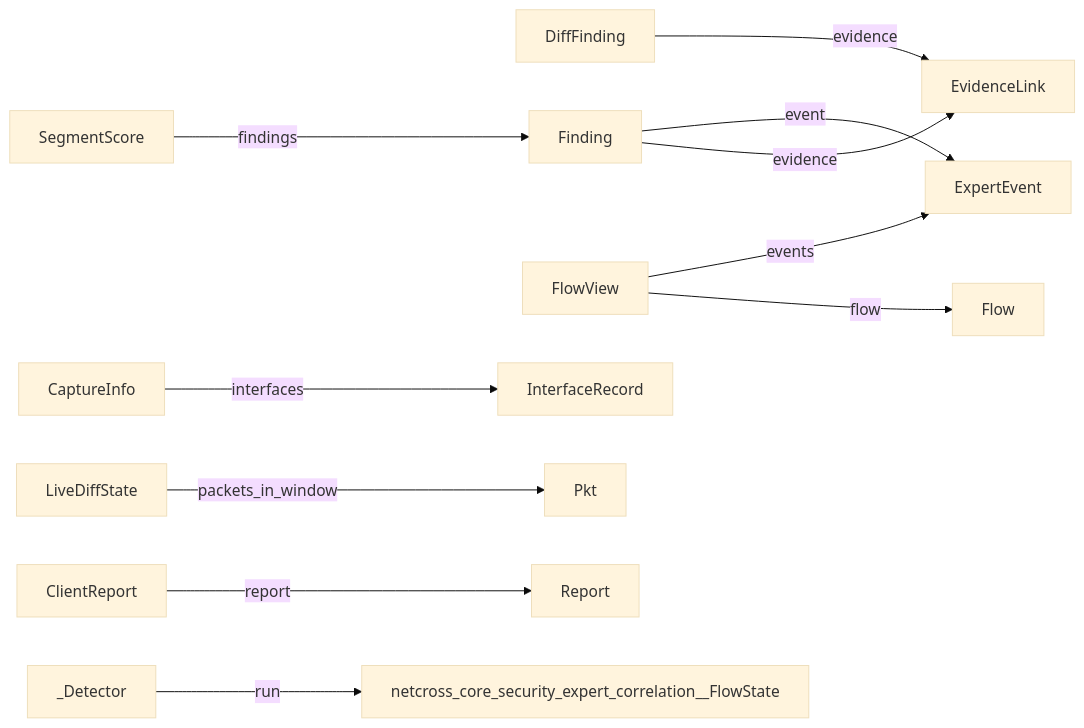
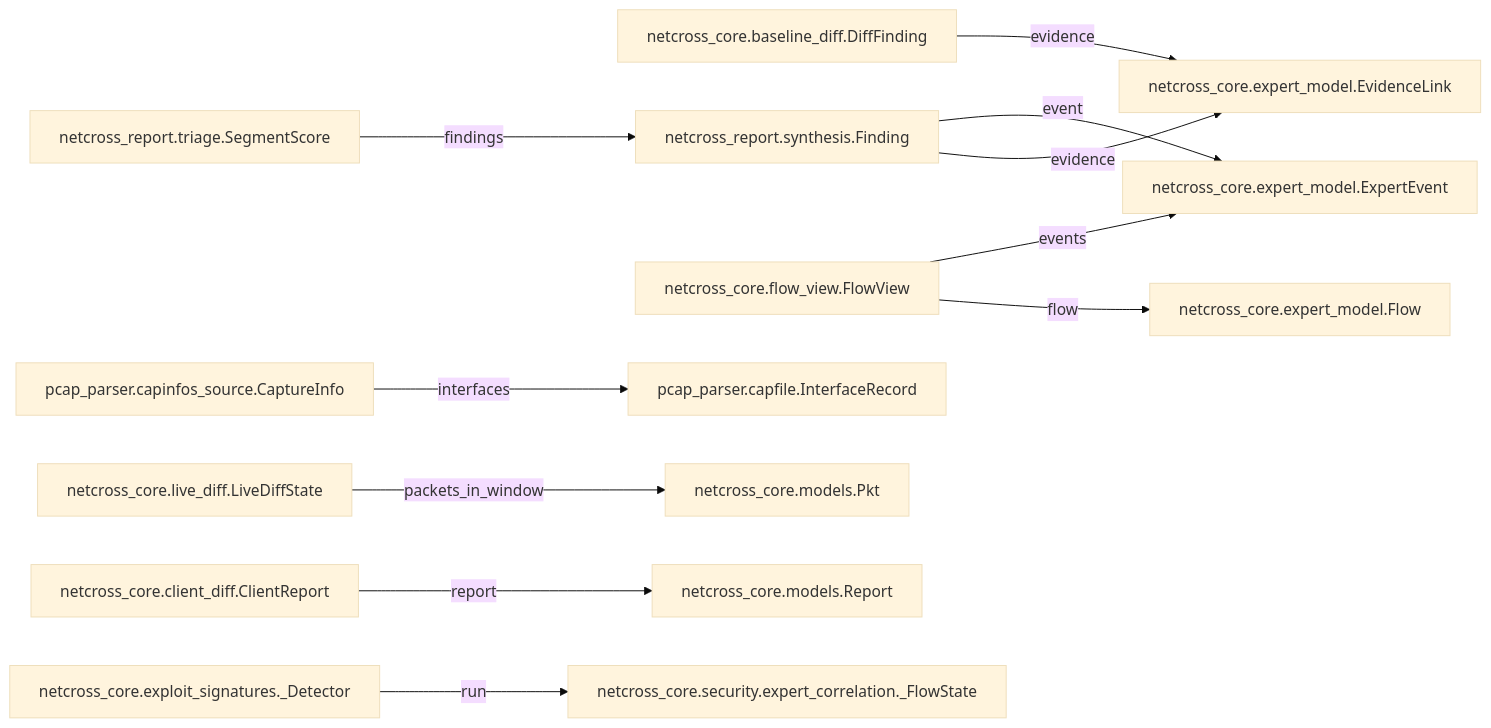
One commit to MathildeDec/Netcross changed the second of 12 diagrams in docs/class-diagram.md. Above: the diagram before and after it, drawn with Mermaid (base theme). The commit also changed 2 other files, not shown here.

Commit message:
fix(#140): nœuds du flowchart inter-modules qualifiés par module
Les nœuds du flowchart 'Relations inter-modules' utilisent maintenant le
nom complet (module.Class) au lieu du nom court, pour lever l'ambiguïté
quand une classe existe dans plusieurs modules.

Ex: Finding["netcross_report.synthesis.Finding"] au lieu de Finding["Finding"]

````diff
--- a/docs/class-diagram.md
+++ b/docs/class-diagram.md
@@ -49,28 +49,28 @@
 ```mermaid
 flowchart LR
-    CaptureInfo["CaptureInfo"]
-    ClientReport["ClientReport"]
-    DiffFinding["DiffFinding"]
-    EvidenceLink["EvidenceLink"]
-    ExpertEvent["ExpertEvent"]
-    Finding["Finding"]
-    FlowView["FlowView"]
-    Flow["Flow"]
-    InterfaceRecord["InterfaceRecord"]
-    LiveDiffState["LiveDiffState"]
-    Pkt["Pkt"]
-    Report["Report"]
-    SegmentScore["SegmentScore"]
-    _Detector["_Detector"]
-    netcross_core_security_expert_correlation__FlowState["netcross_core_security_expert_correlation__FlowState"]
+    CaptureInfo["pcap_parser.capinfos_source.CaptureInfo"]
+    ClientReport["netcross_core.client_diff.ClientReport"]
+    DiffFinding["netcross_core.baseline_diff.DiffFinding"]
+    EvidenceLink["netcross_core.expert_model.EvidenceLink"]
+    ExpertEvent["netcross_core.expert_model.ExpertEvent"]
+    Finding["netcross_report.synthesis.Finding"]
+    FlowView["netcross_core.flow_view.FlowView"]
+    Flow["netcross_core.expert_model.Flow"]
+    InterfaceRecord["pcap_parser.capfile.InterfaceRecord"]
+    LiveDiffState["netcross_core.live_diff.LiveDiffState"]
+    Pkt["netcross_core.models.Pkt"]
+    Report["netcross_core.models.Report"]
+    SegmentScore["netcross_report.triage.SegmentScore"]
+    _Detector["netcross_core.exploit_signatures._Detector"]
+    netcross_core_security_expert_correlation__FlowState["netcross_core.security.expert_correlation._FlowState"]
     CaptureInfo -->|interfaces| InterfaceRecord
     ClientReport -->|report| Report
     DiffFinding -->|evidence| EvidenceLink
     Finding -->|event| ExpertEvent
     Finding -->|evidence| EvidenceLink
     FlowView -->|events| ExpertEvent
     FlowView -->|flow| Flow
     LiveDiffState -->|packets_in_window| Pkt
     SegmentScore -->|findings| Finding
     _Detector -->|run| netcross_core_security_expert_correlation__FlowState
 ```
````
